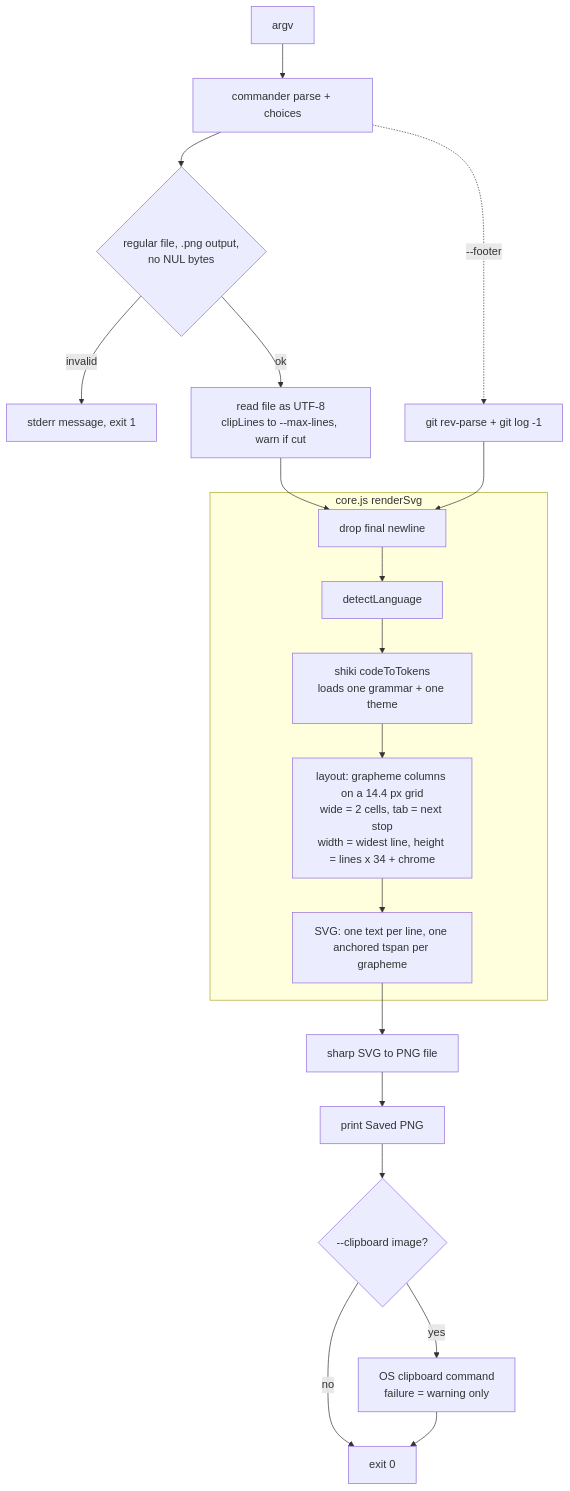
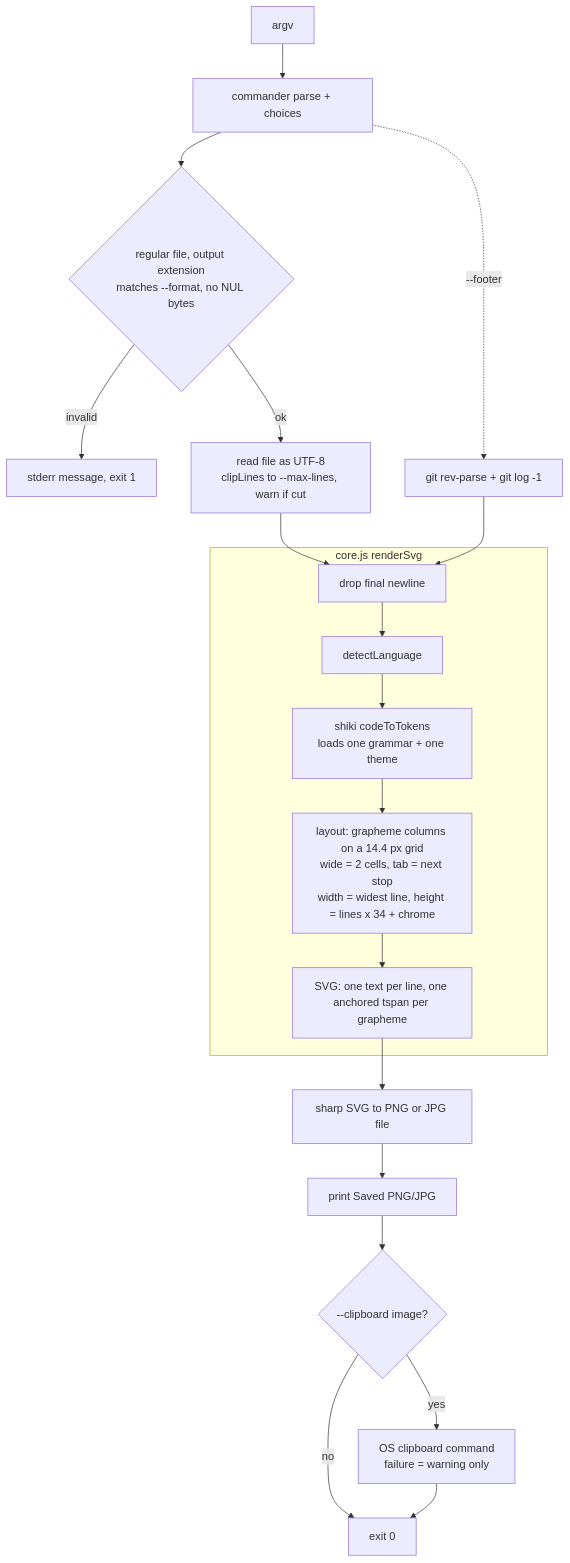
Before and after one commit to AlfredBateman/SnapCodeCLI: the diagram in docs/ARCHITECTURE.md, drawn with Mermaid. The commit also changed other lines of this file and 5 other files, not shown here.

Commit message:
feat: add --format jpg

````diff
--- a/docs/ARCHITECTURE.md
+++ b/docs/ARCHITECTURE.md
@@ -19,22 +19,22 @@
 ```mermaid
 flowchart TD
     A[argv] --> B[commander parse + choices]
-    B --> C{regular file, .png output,<br/>no NUL bytes}
+    B --> C{regular file, output extension<br/>matches --format, no NUL bytes}
     C -- invalid --> X[stderr message, exit 1]
     C -- ok --> D[read file as UTF-8<br/>clipLines to --max-lines, warn if cut]
     B -. --footer .-> H[git rev-parse + git log -1]
     D --> R
     H --> R
     subgraph core.js renderSvg
       R[drop final newline] --> E[detectLanguage]
       E --> G[shiki codeToTokens<br/>loads one grammar + one theme]
       G --> I[layout: grapheme columns on a 14.4 px grid<br/>wide = 2 cells, tab = next stop<br/>width = widest line, height = lines x 34 + chrome]
       I --> J[SVG: one text per line, one anchored tspan per grapheme]
     end
-    J --> K[sharp SVG to PNG file]
-    K --> N[print Saved PNG]
+    J --> K[sharp SVG to PNG or JPG file]
+    K --> N[print Saved PNG/JPG]
     N --> L{--clipboard image?}
     L -- yes --> M[OS clipboard command<br/>failure = warning only]
     L -- no --> Z[exit 0]
     M --> Z
 ```
````
